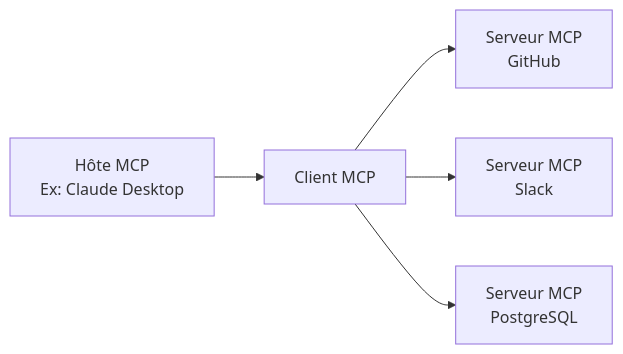
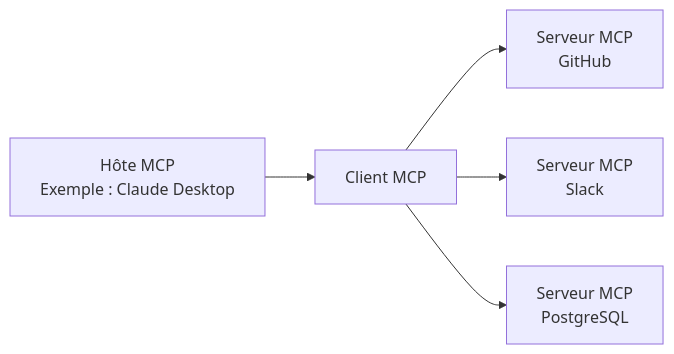
Before and after one commit to no-problem-dev/rick-brick-content: the diagram in articles/fr/2026-03-18-mcp-standardization-agent-protocol.md, drawn with Mermaid. The commit also changed other lines of this file and 126 other files, not shown here.

````diff
--- a/articles/fr/2026-03-18-mcp-standardization-agent-protocol.md
+++ b/articles/fr/2026-03-18-mcp-standardization-agent-protocol.md
@@ -53,7 +57,7 @@
 ```mermaid
 graph LR
-    A[Hôte MCP<br/>Ex: Claude Desktop] --> B[Client MCP]
+    A[Hôte MCP<br/>Exemple : Claude Desktop] --> B[Client MCP]
     B --> C[Serveur MCP<br/>GitHub]
     B --> D[Serveur MCP<br/>Slack]
     B --> E[Serveur MCP<br/>PostgreSQL]
 ```
````
